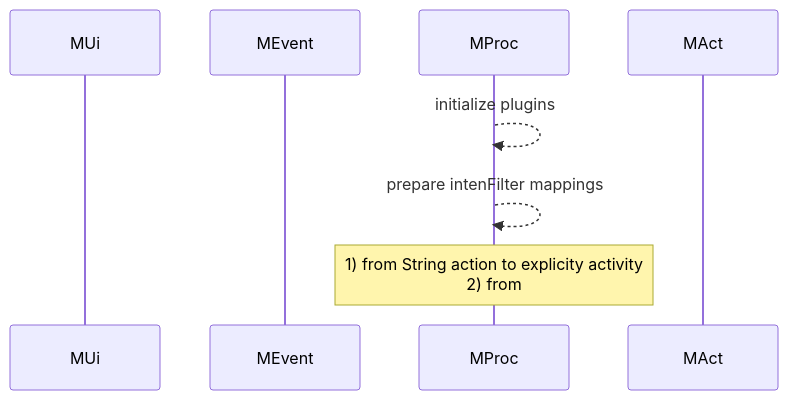
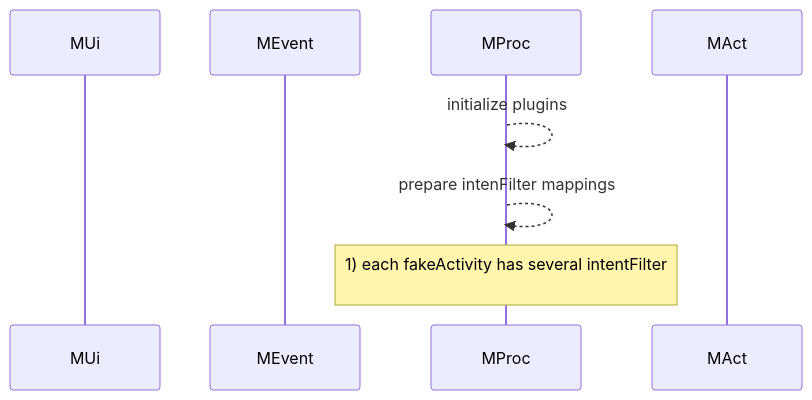
Before and after one commit to gordianknotC/nxp_note: the third of 6 diagrams in flutter/android_to_flutter.md, drawn with Mermaid. The commit also changed other lines of this file, not shown here.

Commit message:
flutter/android_to_flutter.md updated from https://stackedit.io/

````diff
--- a/flutter/android_to_flutter.md
+++ b/flutter/android_to_flutter.md
@@ -50,11 +50,11 @@
 ```mermaid
 sequenceDiagram
 participant MUi
 participant MEvent
 participant MProc
 participant MAct
 
 MProc-->>MProc: initialize plugins
 MProc-->>MProc: prepare intenFilter mappings
-Note over MProc: 1) from String action to explicity activity<br>2) from
+Note over MProc: 1) each fakeActivity has several intentFilter<br>
 ```
````
